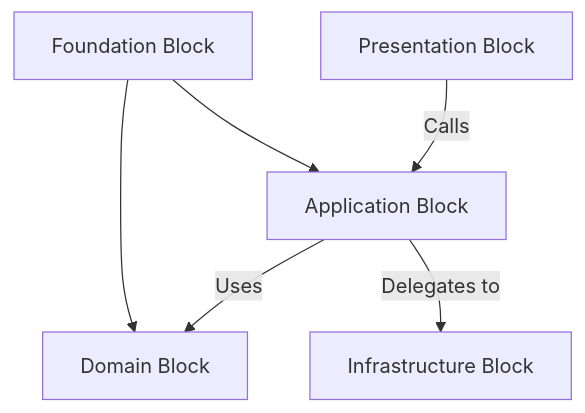
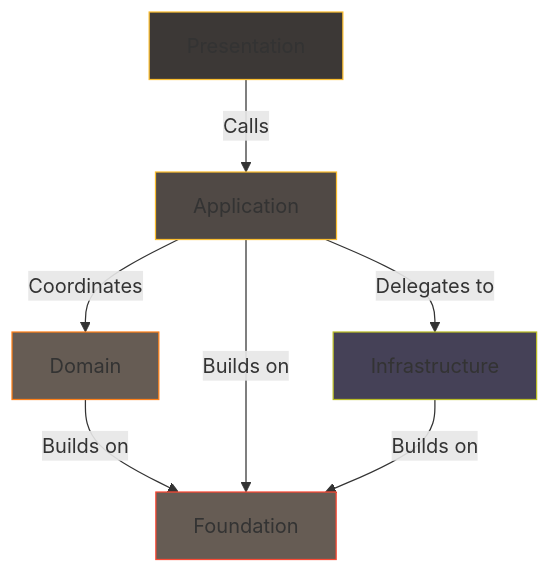
Before and after one commit to forging-blocks-org/forging-blocks: the diagram in docs/guide/recommended_blocks_structure.md, drawn with Mermaid. The commit also changed other lines of this file and 28 other files, not shown here.

````diff
--- a/docs/guide/recommended_blocks_structure.md
+++ b/docs/guide/recommended_blocks_structure.md
@@ -41,8 +21,22 @@
 ```mermaid
 flowchart TD
-    P[Presentation Block] -->|Calls| A[Application Block]
-    A -->|Uses| D[Domain Block]
-    A -->|Delegates to| I[Infrastructure Block]
-    F[Foundation Block] --> D
-    F --> A
+    P[Presentation]
+    A[Application]
+    D[Domain]
+    I[Infrastructure]
+    F[Foundation]
+
+    P -->|Calls| A
+    A -->|Coordinates| D
+    A -->|Delegates to| I
+    D -->|Builds on| F
+    A -->|Builds on| F
+    I -->|Builds on| F
+
+    %% --- Node styling ---
+    style P fill:#3c3836,stroke:#fabd2f,color:#ebdbb2  %% Presentation: Dark Gray, Yellow Outline
+    style A fill:#504945,stroke:#fabd2f,color:#ebdbb2  %% Application: Darker Gray, Yellow Outline
+    style D fill:#665c54,stroke:#fe8019,color:#ebdbb2  %% Domain: Muted Brown, Orange Outline
+    style I fill:#454157,stroke:#b8bb26,color:#ebdbb2  %% Infrastructure: Dark Violet, Olive Green Outline
+    style F fill:#665c54,stroke:#fb4934,color:#ebdbb2  %% Foundation: Muted Brown, Vibrant Red Outline
 ```
````
